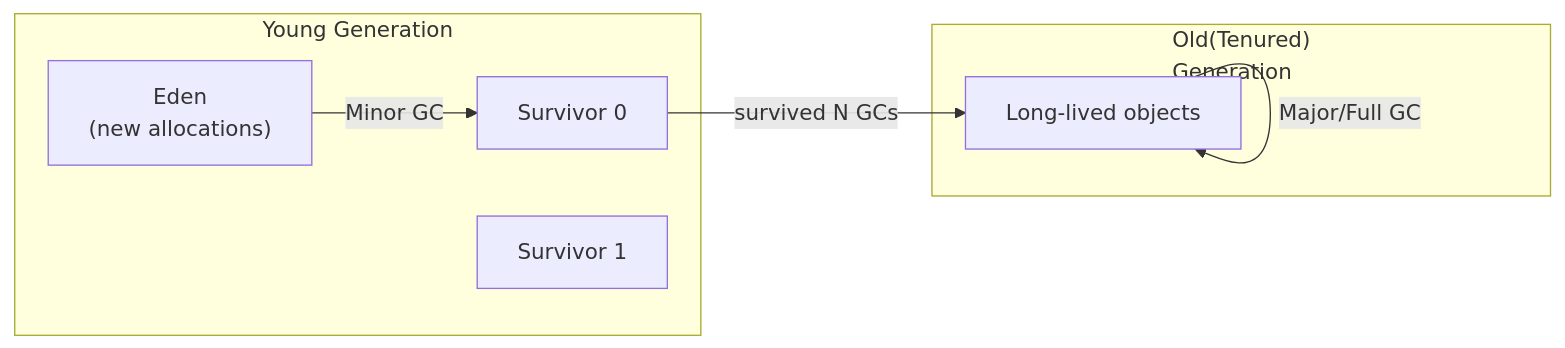
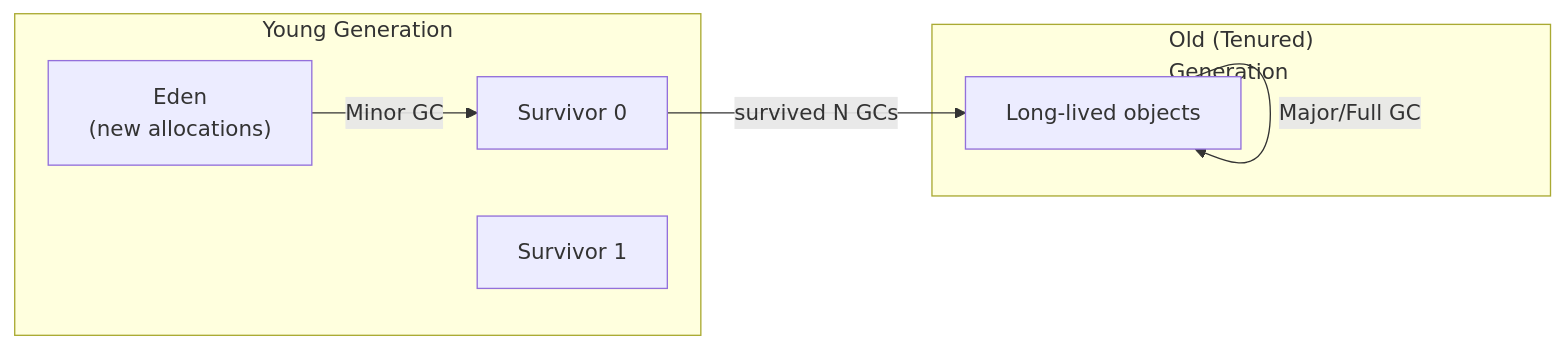
The diagram in content/questions/language/java/jvm-garbage-collection.md (pploc/swe-icon-the-moment), drawn with Mermaid before and after one commit. The commit also changed 95 other files, not shown here.

Commit message:
fix: update the practice mode diagram bug not display

````diff
--- a/content/questions/language/java/jvm-garbage-collection.md
+++ b/content/questions/language/java/jvm-garbage-collection.md
@@ -18,17 +18,18 @@
 ```mermaid
 flowchart LR
-    subgraph Young["Young Generation"]
-        Eden["Eden\n(new allocations)"]
+    subgraph Young ["Young Generation"]
+        Eden["Eden\n (new allocations)"]
         S1["Survivor 0"]
         S2["Survivor 1"]
     end
-    subgraph Old["Old(Tenured)\nGeneration"]
+    subgraph Old ["Old (Tenured)\nGeneration"]
         Tenured["Long-lived objects"]
     end
     Eden -->|"Minor GC"| S1
     S1 -->|"survived N GCs"| Tenured
     Tenured -->|"Major/Full GC"| Tenured
 
 
 
+
 ```
````
